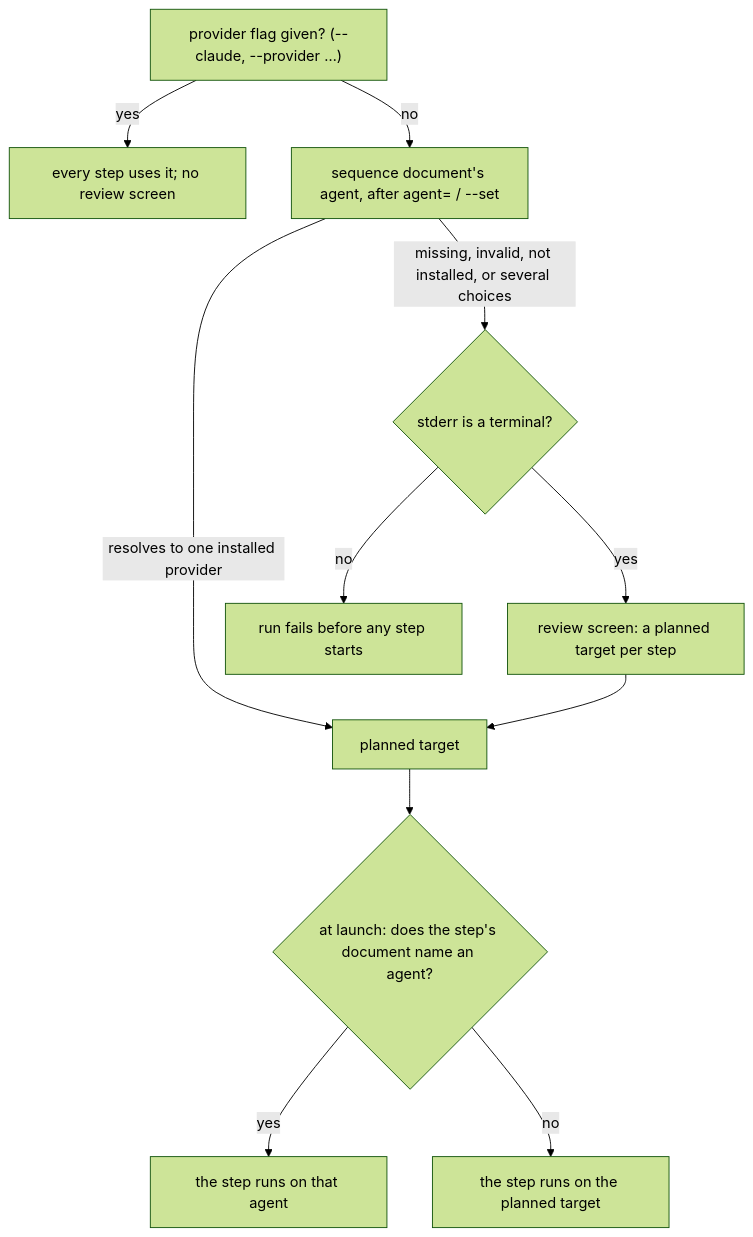
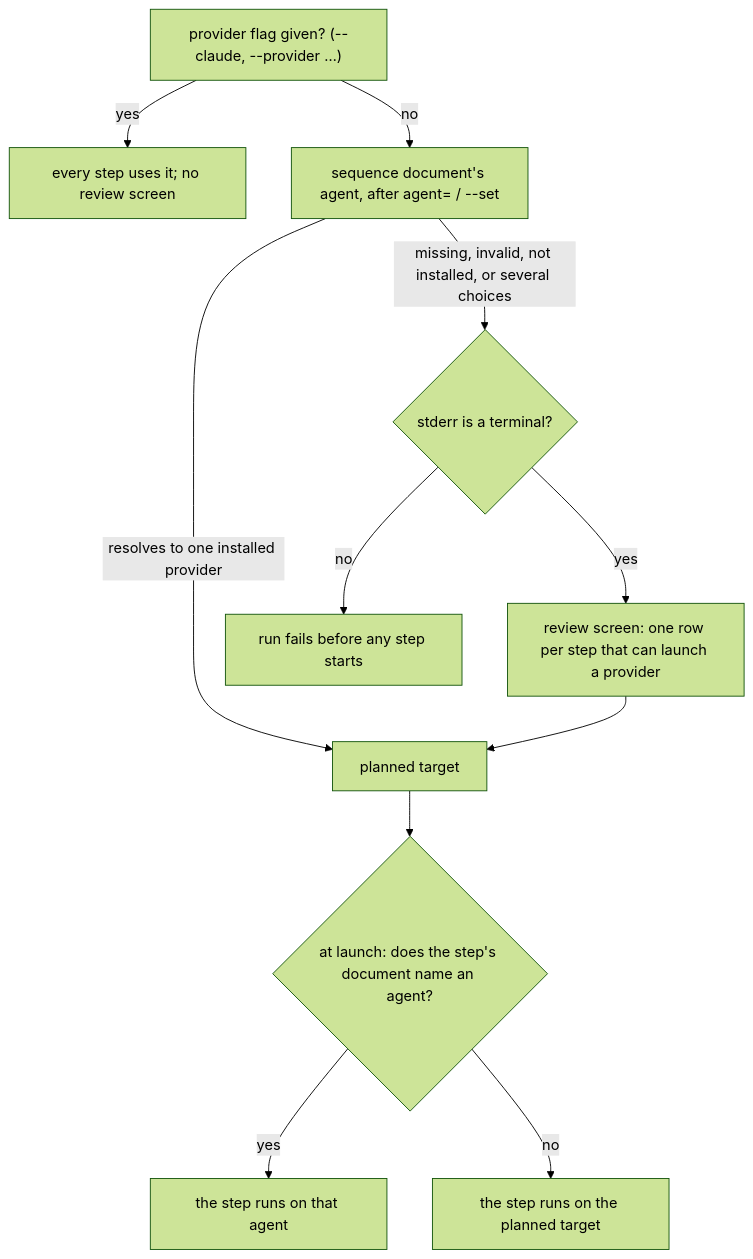
Before and after one commit to yankeeinlondon/rusty-biscuit: the diagram in claudine/docs/cli/sequence.md, drawn with Mermaid (forest theme). The commit also changed other lines of this file and 3 other files, not shown here.

````diff
--- a/claudine/docs/cli/sequence.md
+++ b/claudine/docs/cli/sequence.md
@@ -92,13 +92,13 @@
 ```mermaid
 flowchart TD
     A["provider flag given? (--claude, --provider …)"] -- yes --> F["every step uses it; no review screen"]
     A -- no --> B["sequence document's agent, after agent= / --set"]
     B -- "resolves to one installed provider" --> P["planned target"]
     B -- "missing, invalid, not installed, or several choices" --> C{"stderr is a terminal?"}
-    C -- yes --> R["review screen: a planned target per step"]
+    C -- yes --> R["review screen: one row per step that can launch a provider"]
     C -- no --> E["run fails before any step starts"]
     R --> P
     P --> L{"at launch: does the step's document name an agent?"}
     L -- yes --> S["the step runs on that agent"]
     L -- no --> T["the step runs on the planned target"]
 ```
````
